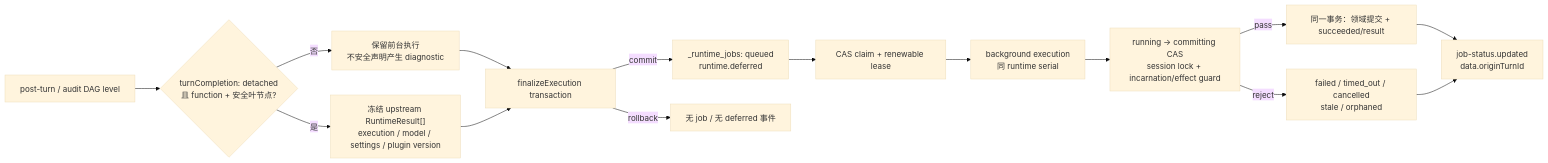
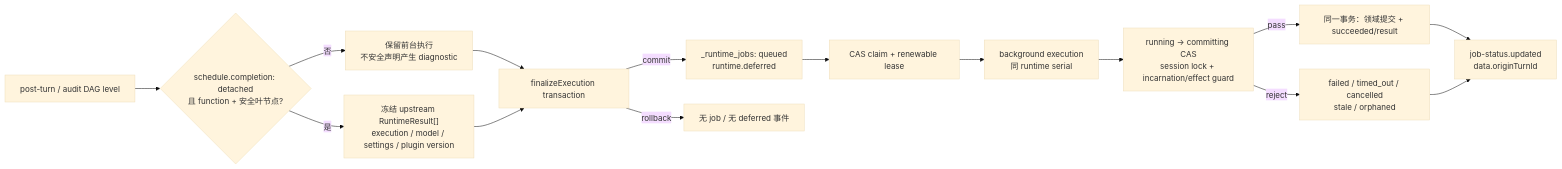
Before and after one commit to ackness/covel: the third of 4 diagrams in docs/architecture/flow.md, drawn with Mermaid (base theme). The commit also changed other lines of this file and 791 other files, not shown here.

First line of the commit message:
feat!: implement plugin extension architecture

````diff
--- a/docs/architecture/flow.md
+++ b/docs/architecture/flow.md
@@ -157,17 +158,17 @@
 ```mermaid
 flowchart LR
-    DAG["post-turn / audit DAG level"] --> Plan{"turnCompletion: detached<br/>且 function + 安全叶节点?"}
+    DAG["post-turn / audit DAG level"] --> Plan{"schedule.completion: detached<br/>且 function + 安全叶节点?"}
     Plan -->|否| Foreground["保留前台执行<br/>不安全声明产生 diagnostic"]
     Plan -->|是| Freeze["冻结 upstream RuntimeResult[]<br/>execution / model / settings / plugin version"]
     Foreground --> Tx["finalizeExecution transaction"]
     Freeze --> Tx
     Tx -->|commit| Queued["_runtime_jobs: queued<br/>runtime.deferred"]
     Tx -->|rollback| None["无 job / 无 deferred 事件"]
     Queued --> Claim["CAS claim + renewable lease"]
     Claim --> Run["background execution<br/>同 runtime serial"]
     Run --> Guard["running -> committing CAS<br/>session lock + incarnation/effect guard"]
     Guard -->|pass| Success["同一事务：领域提交 + succeeded/result"]
     Guard -->|reject| Terminal["failed / timed_out / cancelled<br/>stale / orphaned"]
     Success --> Status["job-status.updated<br/>data.originTurnId"]
     Terminal --> Status
 ```
````
